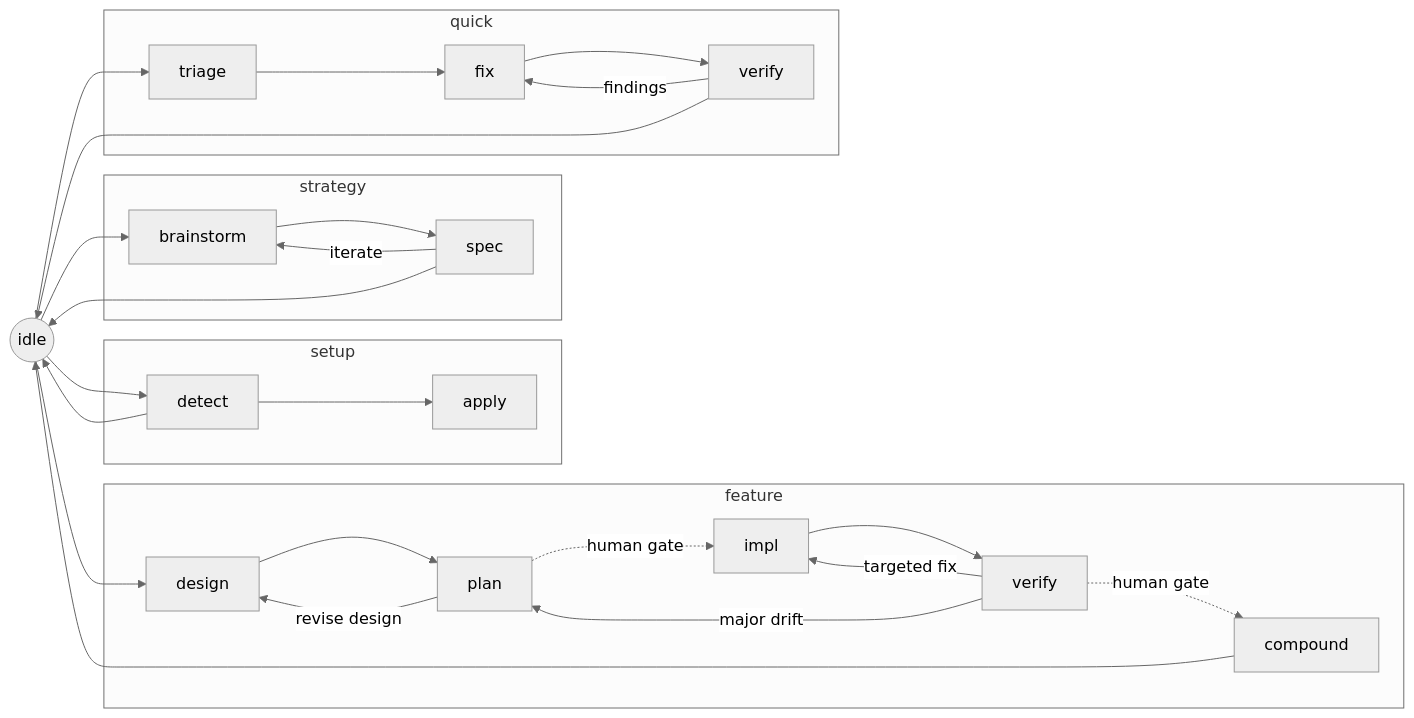
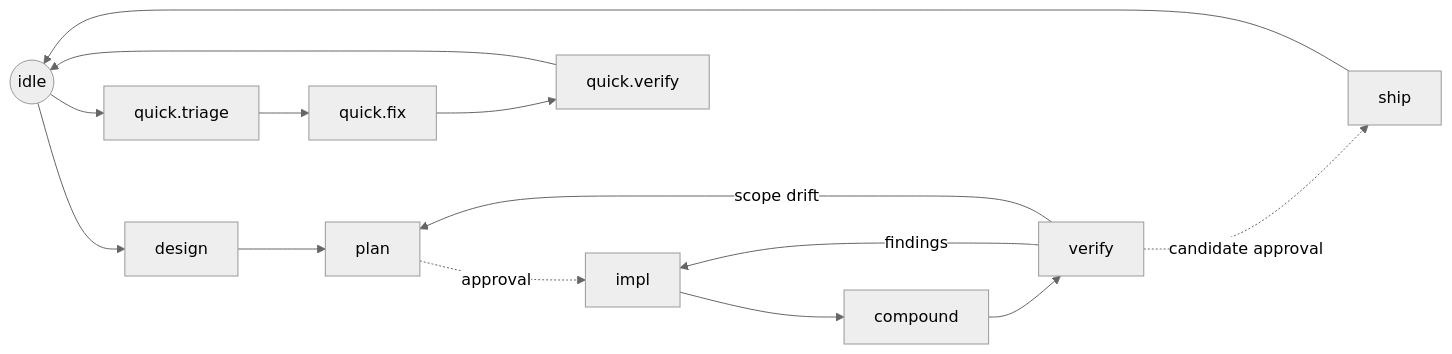
Before and after one commit to LennardZuendorf/vibe: the third of 3 diagrams in flow/README.md, drawn with Mermaid (neutral theme). The commit also changed other lines of this file and 598 other files, not shown here.

Commit message:
feat(flow): implement flow-workflow/1-6,8

````diff
--- a/flow/README.md
+++ b/flow/README.md
@@ -99,29 +239,9 @@
 ```mermaid
 flowchart LR
-    I((idle))
-    subgraph setup
-        SD[detect] --> SA[apply]
-    end
-    subgraph strategy
-        SB[brainstorm] --> SS[spec]
-        SS -->|iterate| SB
-    end
-    subgraph feature
-        D[design] --> P[plan] -. human gate .-> IM[impl] --> V[verify]
-        V -. human gate .-> C[compound]
-        V -->|targeted fix| IM
-        V -->|major drift| P
-        P -->|revise design| D
-    end
-    subgraph quick
-        T[triage] --> F[fix] --> QV[verify]
-        QV -->|findings| F
-    end
-    I --> SD --> I
-    I --> SB
-    I --> D
-    I --> T
-    SS --> I
-    C --> I
-    QV --> I
+    I((idle)) --> D[design] --> P[plan]
+    P -. approval .-> IM[impl] --> C[compound] --> V[verify]
+    V -. candidate approval .-> S[ship] --> I
+    V -->|findings| IM
+    V -->|scope drift| P
+    I --> T[quick.triage] --> F[quick.fix] --> Q[quick.verify] --> I
 ```
````
